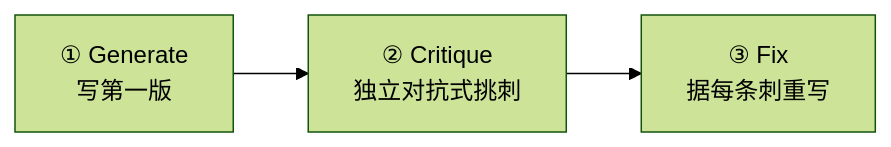
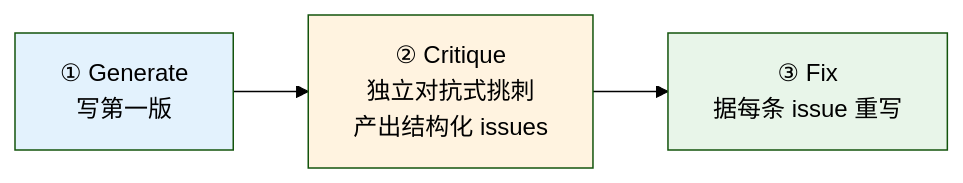
One commit to intel-van/workflow-cookbook changed the first of 3 diagrams in docs/zh/p3-12-gcf-loop.md. Above: the diagram before and after it, drawn with Mermaid (forest theme). The commit also changed other lines of this file and 19 other files, not shown here.

````diff
--- a/docs/zh/p3-12-gcf-loop.md
+++ b/docs/zh/p3-12-gcf-loop.md
@@ -11,4 +27,7 @@
 ```mermaid
 flowchart LR
-  G["① Generate<br/>写第一版"] --> C["② Critique<br/>独立对抗式挑刺"] --> F["③ Fix<br/>据每条刺重写"]
+  G["① Generate<br/>写第一版"] --> C["② Critique<br/>独立对抗式挑刺<br/>产出结构化 issues"] --> F["③ Fix<br/>据每条 issue 重写"]
+  style G fill:#e3f2fd
+  style C fill:#fff3e0
+  style F fill:#e8f5e9
 ```
````
